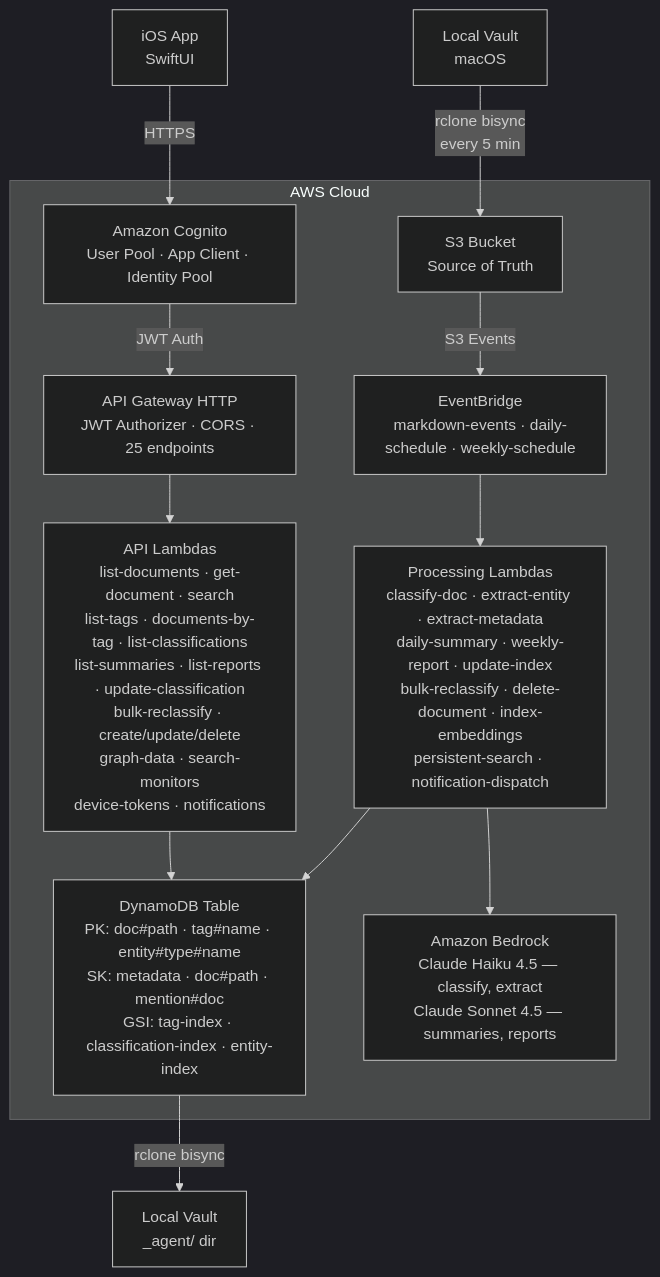
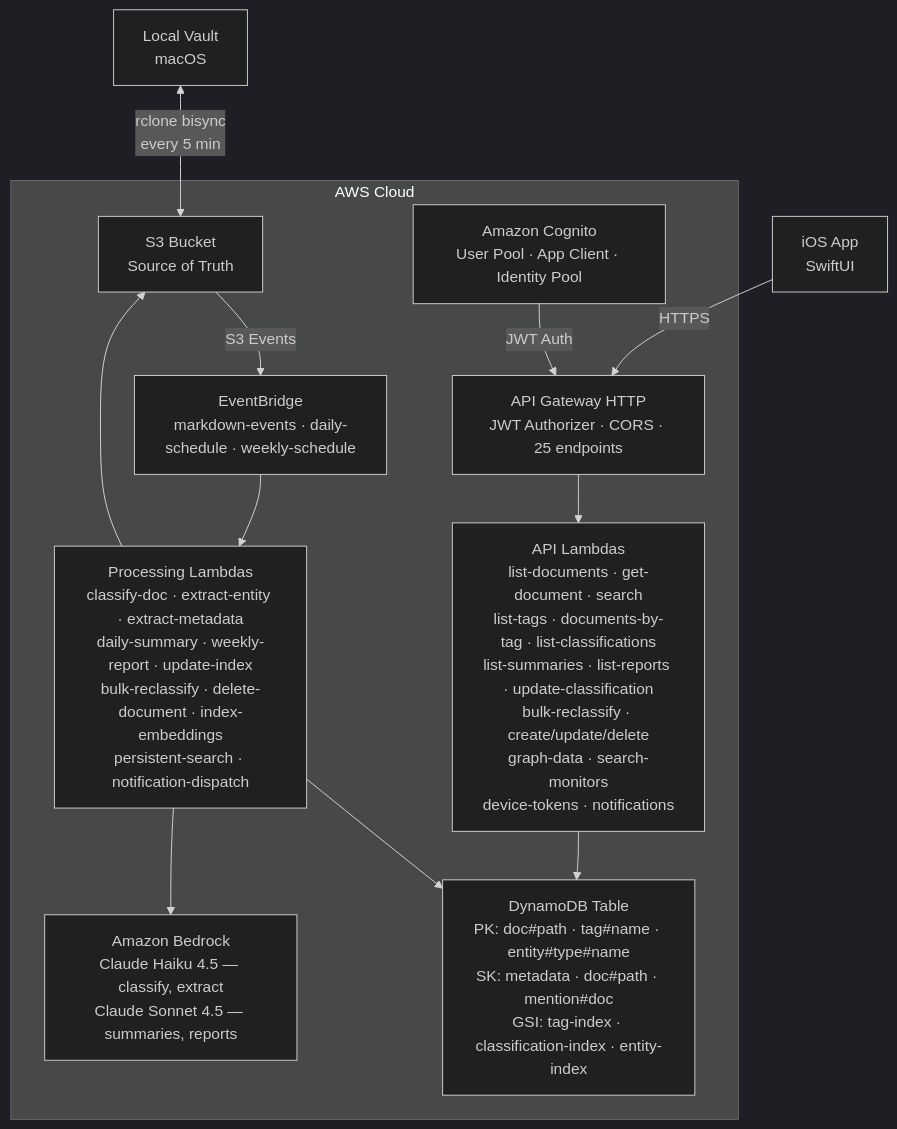
Before and after one commit to spaceba-by/pkm: the diagram in docs/architecture.md, drawn with Mermaid (dark theme). The commit also changed 3 other files, not shown here.

First line of the commit message:
Fix diagram accuracy from review feedback

````diff
--- a/docs/architecture.md
+++ b/docs/architecture.md
@@ -9,24 +9,23 @@
 ```mermaid
 graph TD
-    Vault[Local Vault<br/>macOS] -->|rclone bisync<br/>every 5 min| S3
-    iOS[iOS App<br/>SwiftUI] -->|HTTPS| Cognito
+    Vault[Local Vault<br/>macOS] <-->|rclone bisync<br/>every 5 min| S3
+    iOS[iOS App<br/>SwiftUI] -->|HTTPS| APIGW
 
     subgraph AWS[AWS Cloud]
         S3[S3 Bucket<br/>Source of Truth]
         Cognito[Amazon Cognito<br/>User Pool · App Client · Identity Pool]
 
         S3 -->|S3 Events| EB[EventBridge<br/>markdown-events · daily-schedule · weekly-schedule]
         Cognito -->|JWT Auth| APIGW[API Gateway HTTP<br/>JWT Authorizer · CORS · 25 endpoints]
 
         EB --> ProcLambda[Processing Lambdas<br/>classify-doc · extract-entity · extract-metadata<br/>daily-summary · weekly-report · update-index<br/>bulk-reclassify · delete-document · index-embeddings<br/>persistent-search · notification-dispatch]
 
         APIGW --> APILambda[API Lambdas<br/>list-documents · get-document · search<br/>list-tags · documents-by-tag · list-classifications<br/>list-summaries · list-reports · update-classification<br/>bulk-reclassify · create/update/delete<br/>graph-data · search-monitors<br/>device-tokens · notifications]
 
         ProcLambda --> DynamoDB[DynamoDB Table<br/>PK: doc#path · tag#name · entity#type#name<br/>SK: metadata · doc#path · mention#doc<br/>GSI: tag-index · classification-index · entity-index]
         APILambda --> DynamoDB
+        ProcLambda --> S3
 
         ProcLambda --> Bedrock[Amazon Bedrock<br/>Claude Haiku 4.5 — classify, extract<br/>Claude Sonnet 4.5 — summaries, reports]
     end
-
-    DynamoDB -->|rclone bisync| VaultOut[Local Vault<br/>_agent/ dir]
 ```
````
